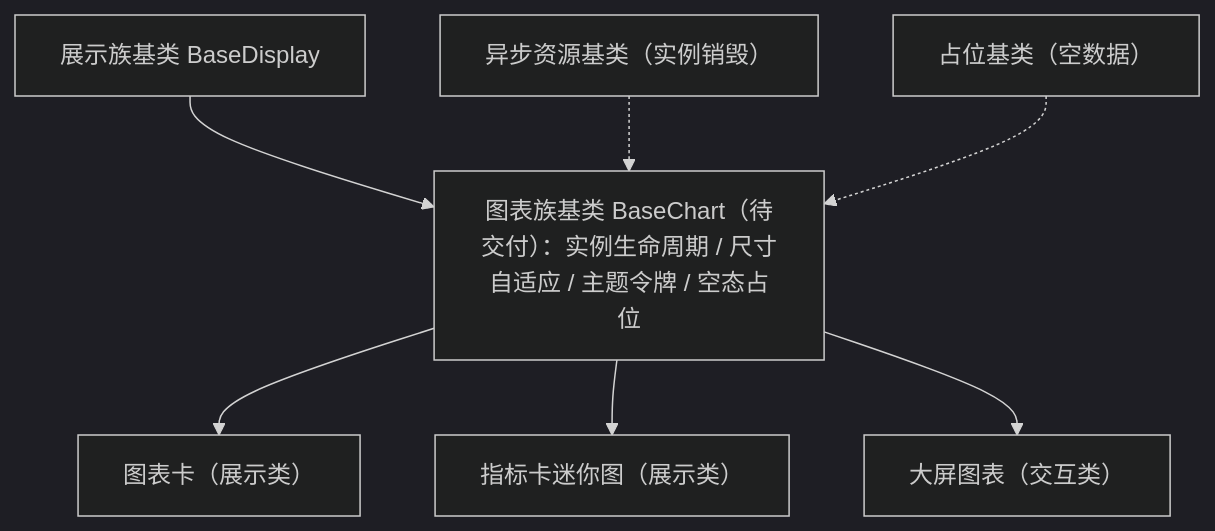
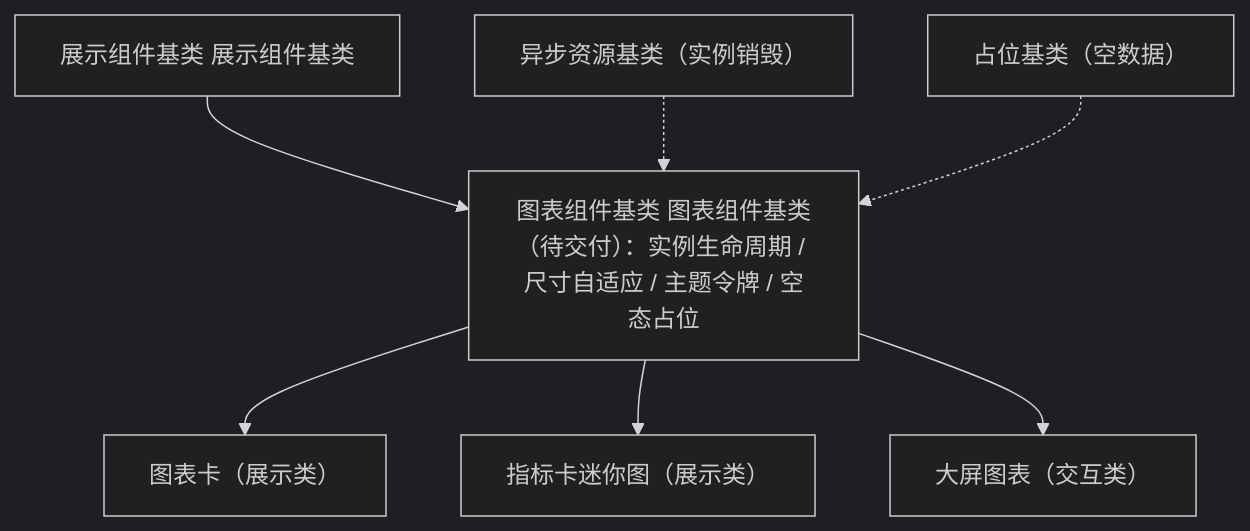
Before and after one commit to minjian123/basic-management-system: the diagram in bms文档/设计/组件设计/02_基础组件类/03_域基类/04_组件设计_图表域基类/04_组件设计_图表域基类.md, drawn with Mermaid (dark theme). The commit also changed other lines of this file and 108 other files, not shown here.

````diff
--- a/bms文档/设计/组件设计/02_基础组件类/03_域基类/04_组件设计_图表域基类/04_组件设计_图表域基类.md
+++ b/bms文档/设计/组件设计/02_基础组件类/03_域基类/04_组件设计_图表域基类/04_组件设计_图表域基类.md
@@ -16,9 +16,9 @@
 ```mermaid
 flowchart TD
-    B["图表族基类 BaseChart（待交付）：实例生命周期 / 尺寸自适应 / 主题令牌 / 空态占位"] --> C1["图表卡（展示类）"]
+    B["图表组件基类 图表组件基类（待交付）：实例生命周期 / 尺寸自适应 / 主题令牌 / 空态占位"] --> C1["图表卡（展示类）"]
     B --> C2["指标卡迷你图（展示类）"]
     B --> C3["大屏图表（交互类）"]
-    DF["展示族基类 BaseDisplay"] --> B
+    DF["展示组件基类 展示组件基类"] --> B
     AR["异步资源基类（实例销毁）"] -.-> B
     PH["占位基类（空数据）"] -.-> B
 ```
````
